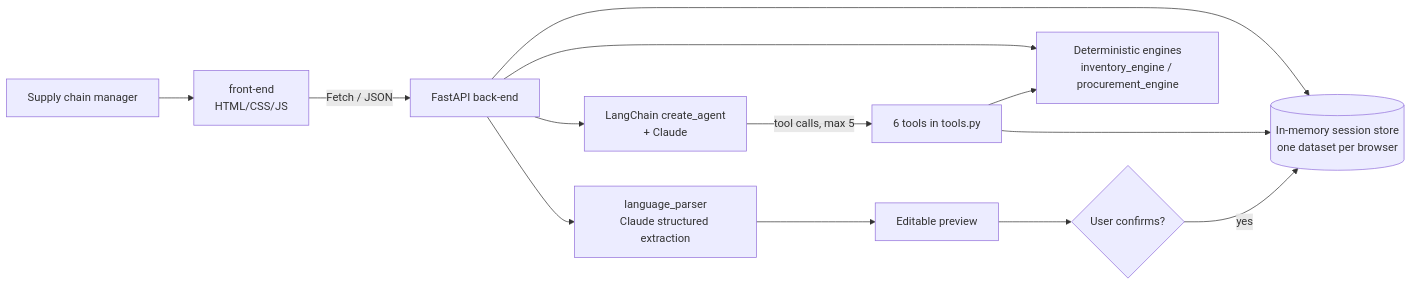
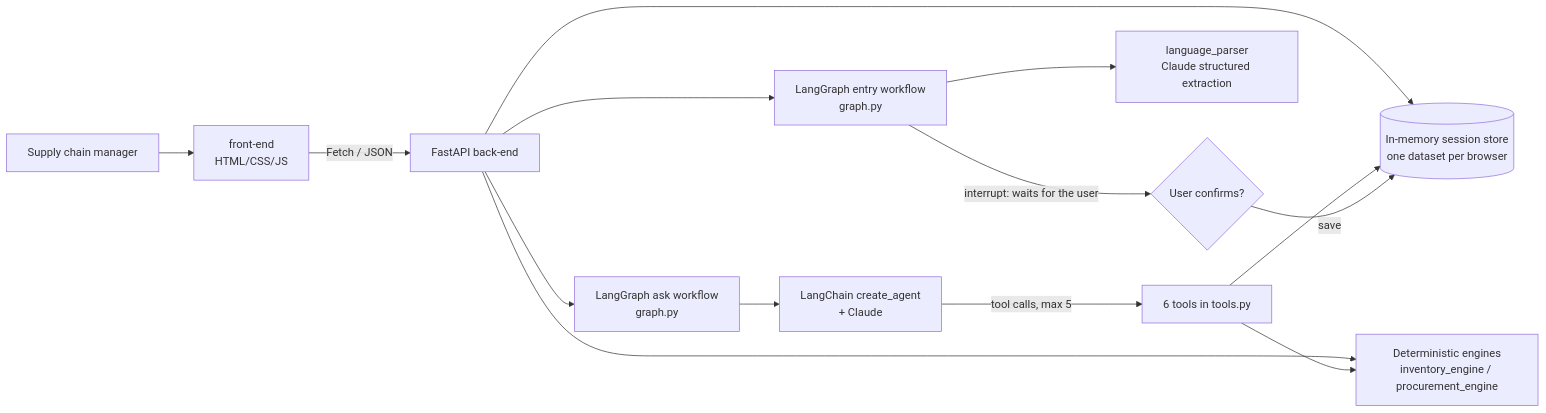
Before and after one commit to kirtibhushanIIMBG/StockWise-AI: the first of 3 diagrams in README.md, drawn with Mermaid. The commit also changed other lines of this file and 12 other files, not shown here.

First line of the commit message:
feat: add LangGraph ask and entry workflows

````diff
--- a/README.md
+++ b/README.md
@@ -14,13 +14,15 @@
 ```mermaid
 flowchart LR
   U[Supply chain manager] --> FE[front-end<br/>HTML/CSS/JS]
   FE -- Fetch / JSON --> API[FastAPI back-end]
   API --> S[(In-memory session store<br/>one dataset per browser)]
   API --> ENG[Deterministic engines<br/>inventory_engine / procurement_engine]
-  API --> AG[LangChain create_agent<br/>+ Claude]
+  API --> ASK[LangGraph ask workflow<br/>graph.py]
+  ASK --> AG[LangChain create_agent<br/>+ Claude]
   AG -- tool calls, max 5 --> T[6 tools in tools.py]
   T --> ENG
   T --> S
-  API --> NLP[language_parser<br/>Claude structured extraction]
-  NLP --> P[Editable preview] --> C{User confirms?} -- yes --> S
+  API --> ENT[LangGraph entry workflow<br/>graph.py]
+  ENT --> NLP[language_parser<br/>Claude structured extraction]
+  ENT -- interrupt: waits for the user --> C{User confirms?} -- save --> S
 ```
````
